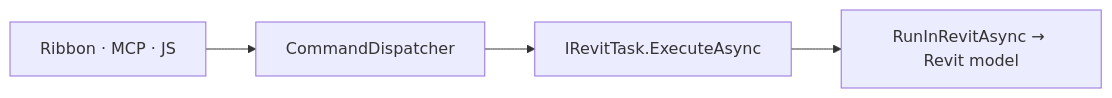
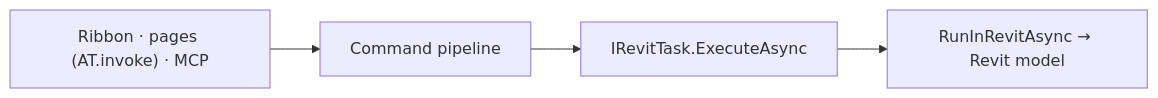
The first of 2 diagrams in README.md (Nikola1Davydov/AnalyzeTool), drawn with Mermaid before and after one commit. The commit also changed other lines of this file, not shown here.

Commit message:
README: 2.0 — buttons as C# sources with their own versions, MCP inside Revit, new structure

````diff
--- a/README.md
+++ b/README.md
@@ -111,4 +110,4 @@
 ```mermaid
 flowchart LR
-    A["Ribbon · MCP · JS"] --> B[CommandDispatcher] --> C["IRevitTask.ExecuteAsync"] --> D["RunInRevitAsync → Revit model"]
+    A["Ribbon · pages (AT.invoke) · MCP"] --> B[Command pipeline] --> C["IRevitTask.ExecuteAsync"] --> D["RunInRevitAsync → Revit model"]
 ```
````
